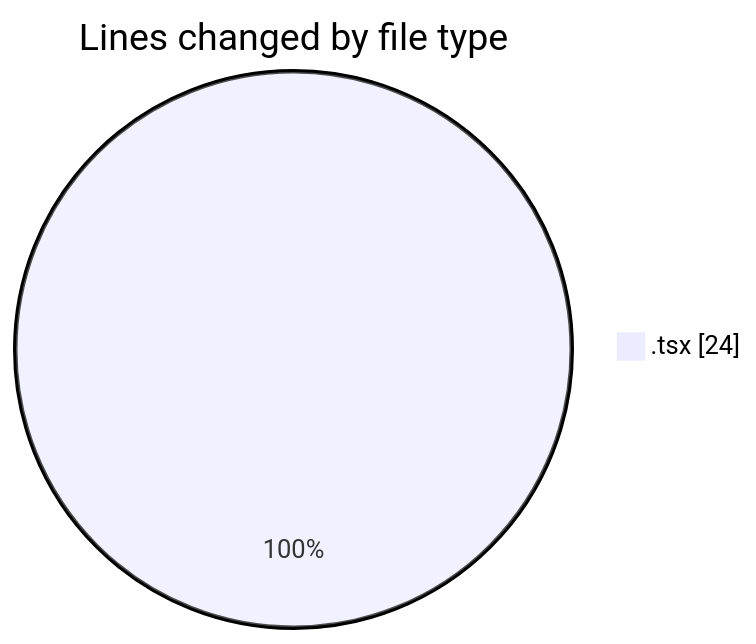
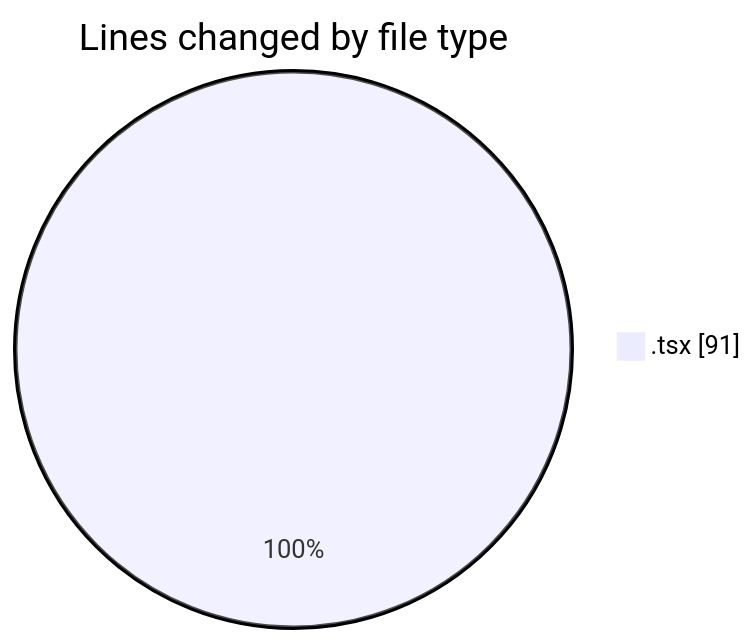
The first of 2 diagrams in 2025-09-05/hiai-phf/README.md (lephambinh05/code-tracking), drawn with Mermaid before and after one commit. The commit also changed other lines of this file and 1 other file, not shown here.

````diff
--- a/2025-09-05/hiai-phf/README.md
+++ b/2025-09-05/hiai-phf/README.md
@@ -20,5 +21,5 @@
 ```mermaid
 pie showData
 title Lines changed by file type
-".tsx" : 24
+".tsx" : 91
 ```
````
